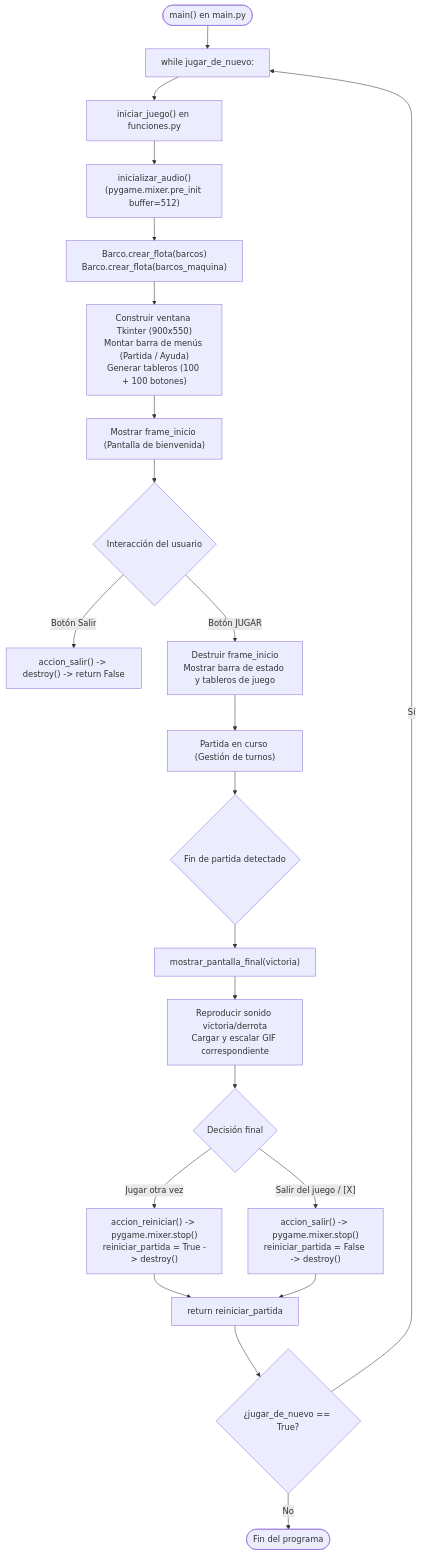
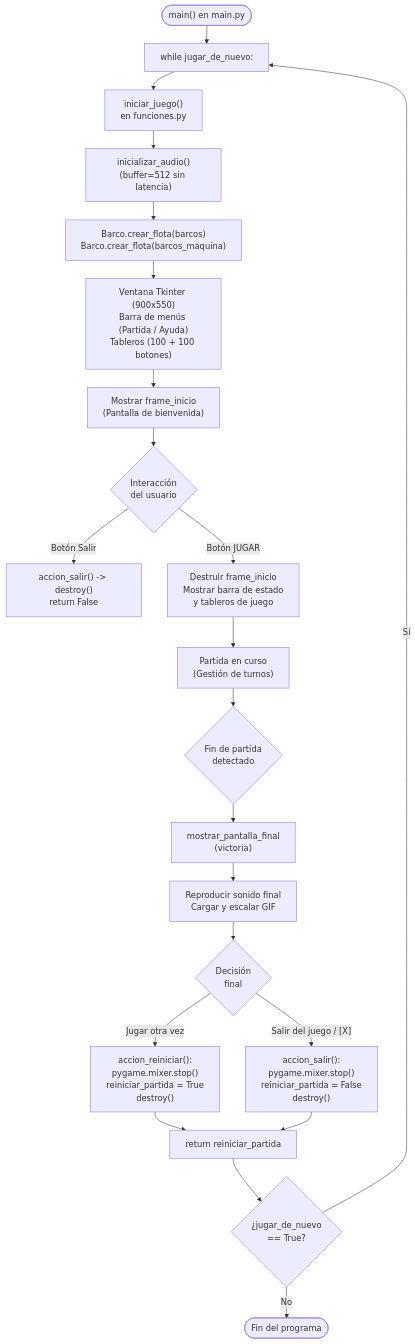
Before and after one commit to BorjaBG/HundirLaFlota: the fourth of 4 diagrams in README.md, drawn with Mermaid. The commit also changed other lines of this file, not shown here.

Commit message:
Fix textos diagramas README

````diff
--- a/README.md
+++ b/README.md
@@ -325,32 +325,32 @@
 ```mermaid
-%%{init: {'flowchart': {'nodePadding': 25, 'rankSpacing': 45}}}%%
+%%{init: {'flowchart': {'nodePadding': 15, 'rankSpacing': 35}}}%%
 graph TD
     MainApp(["main() en main.py"]) --> StartLoop["while jugar_de_nuevo:"]
-    StartLoop --> CallInit["iniciar_juego() en funciones.py"]
+    StartLoop --> CallInit["iniciar_juego()<br/>en funciones.py"]
 
-    CallInit --> InitAudio["inicializar_audio()<br/>(pygame.mixer.pre_init buffer=512)"]
+    CallInit --> InitAudio["inicializar_audio()<br/>(buffer=512 sin latencia)"]
     InitAudio --> CreateFleets["Barco.crear_flota(barcos)<br/>Barco.crear_flota(barcos_maquina)"]
-    CreateFleets --> BuildGUI["Construir ventana Tkinter (900x550)<br/>Montar barra de menús (Partida / Ayuda)<br/>Generar tableros (100 + 100 botones)"]
-    BuildGUI --> ShowStart["Mostrar frame_inicio (Pantalla de bienvenida)"]
+    CreateFleets --> BuildGUI["Ventana Tkinter (900x550)<br/>Barra de menús (Partida / Ayuda)<br/>Tableros (100 + 100 botones)"]
+    BuildGUI --> ShowStart["Mostrar frame_inicio<br/>(Pantalla de bienvenida)"]
 
-    ShowStart --> StartAction{"Interacción del usuario"}
-    StartAction -- "Botón Salir" --> ExitGame["accion_salir() -> destroy() -> return False"]
-    StartAction -- "Botón JUGAR" --> DestroyStart["Destruir frame_inicio<br/>Mostrar barra de estado y tableros de juego"]
+    ShowStart --> StartAction{"Interacción<br/>del usuario"}
+    StartAction -- "Botón Salir" --> ExitGame["accion_salir() -> destroy()<br/>return False"]
+    StartAction -- "Botón JUGAR" --> DestroyStart["Destruir frame_inicio<br/>Mostrar barra de estado<br/>y tableros de juego"]
 
-    DestroyStart --> GamePlaying["Partida en curso (Gestión de turnos)"]
-    GamePlaying --> EndCondition{"Fin de partida detectado"}
+    DestroyStart --> GamePlaying["Partida en curso<br/>(Gestión de turnos)"]
+    GamePlaying --> EndCondition{"Fin de partida<br/>detectado"}
 
-    EndCondition --> ShowEnd["mostrar_pantalla_final(victoria)"]
-    ShowEnd --> PlayEndSound["Reproducir sonido victoria/derrota<br/>Cargar y escalar GIF correspondiente"]
-    PlayEndSound --> EndButtons{"Decisión final"}
+    EndCondition --> ShowEnd["mostrar_pantalla_final<br/>(victoria)"]
+    ShowEnd --> PlayEndSound["Reproducir sonido final<br/>Cargar y escalar GIF"]
+    PlayEndSound --> EndButtons{"Decisión<br/>final"}
 
-    EndButtons -- "Jugar otra vez" --> ActionRestart["accion_reiniciar() -> pygame.mixer.stop()<br/>reiniciar_partida = True -> destroy()"]
-    EndButtons -- "Salir del juego / [X]" --> ActionExit["accion_salir() -> pygame.mixer.stop()<br/>reiniciar_partida = False -> destroy()"]
+    EndButtons -- "Jugar otra vez" --> ActionRestart["accion_reiniciar():<br/>pygame.mixer.stop()<br/>reiniciar_partida = True<br/>destroy()"]
+    EndButtons -- "Salir del juego / [X]" --> ActionExit["accion_salir():<br/>pygame.mixer.stop()<br/>reiniciar_partida = False<br/>destroy()"]
 
     ActionRestart --> ReturnBool["return reiniciar_partida"]
     ActionExit --> ReturnBool
 
-    ReturnBool --> LoopCondition{"¿jugar_de_nuevo == True?"}
+    ReturnBool --> LoopCondition{"¿jugar_de_nuevo<br/>== True?"}
     LoopCondition -- Sí --> StartLoop
     LoopCondition -- No --> EndApp(["Fin del programa"])
 ```
````
